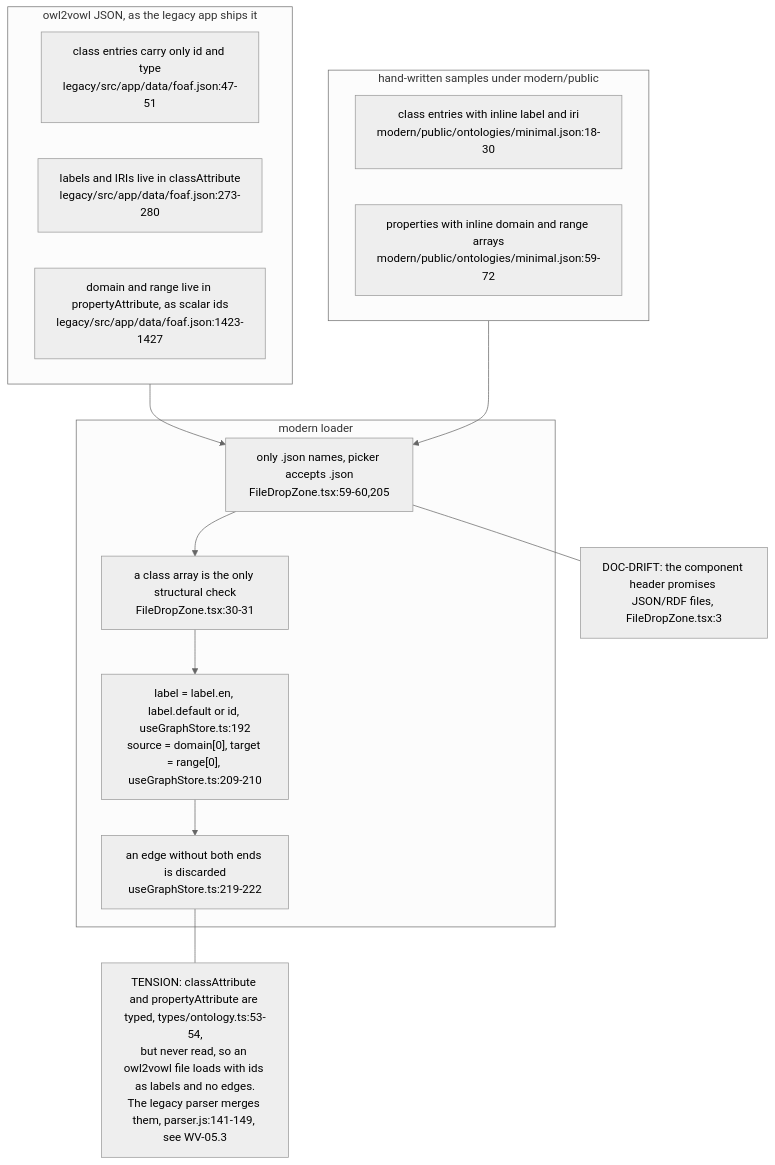
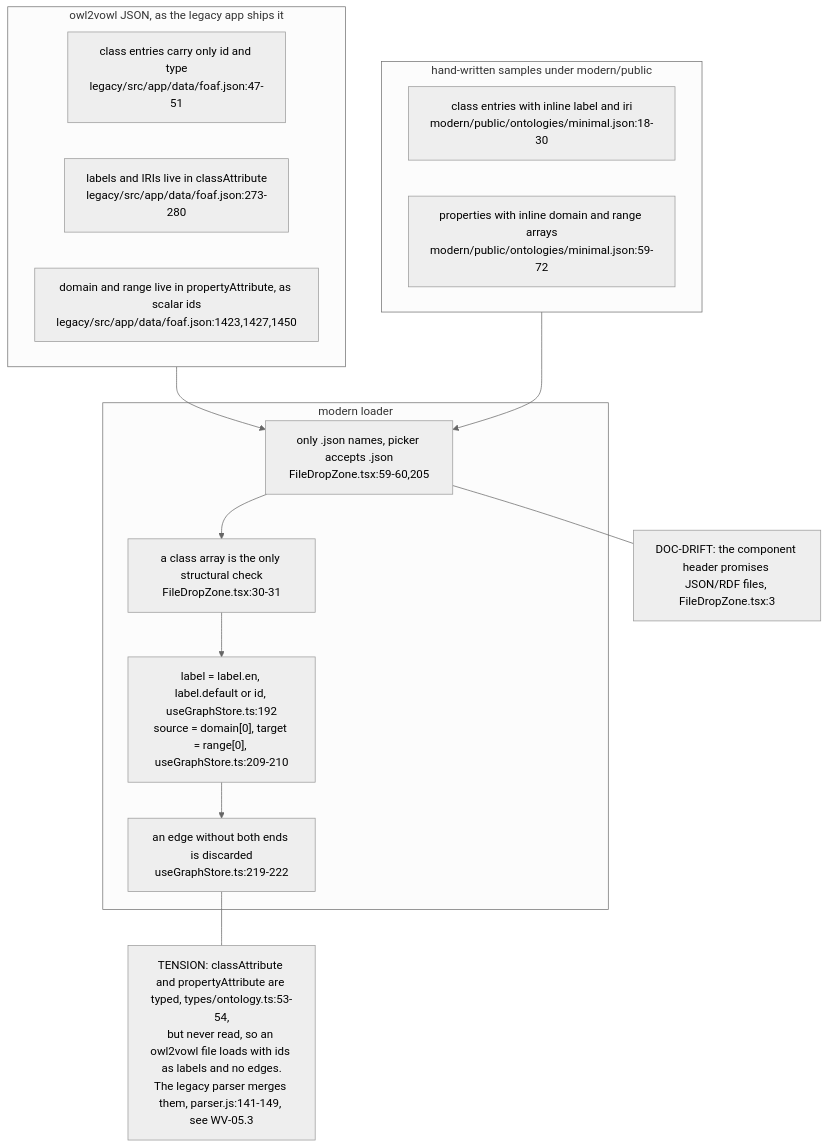
One commit to DreamLab-AI/VisionFlow changed the first of 4 diagrams in docs/diagrams/wasmvowl/03-ontology-input-and-engine-boundary.md. Above: the diagram before and after it, drawn with Mermaid (neutral theme). The commit also changed other lines of this file and 2 other files, not shown here.

Commit message:
diagrams(wasmvowl): fix four skeptic findings in WV-02, WV-03 and WV-05
- WV-02.2: replace the activeFilters DEBT with the invariant the code
  enforces (drop zone renders only at nodeCount 0, clear empties filters).
- WV-02.4: draw ClassNode selection and hover into the Sidebar details
  tab, with a DEBT for the unread hoveredNode and uncalled edge actions.
- WV-03.3: turn the topology-reset OPEN into a TENSION stating the code's
  answer (per-frame immer write re-runs loadOntology/initSimulation),
  latent because the engine rejects the payload first.
- WV-03.1: cite propertyAttribute, range and domain lines in foaf.json.
- WV-05.5/WV-05.6: add the legacy menu layer (12 menus wired by app.js,
  exportTTLModule via exportMenu) and the experimental editor path.

````diff
--- a/docs/diagrams/wasmvowl/03-ontology-input-and-engine-boundary.md
+++ b/docs/diagrams/wasmvowl/03-ontology-input-and-engine-boundary.md
@@ -25,25 +25,25 @@
 ```mermaid
 flowchart TB
     subgraph O2V["owl2vowl JSON, as the legacy app ships it"]
         LC["class entries carry only id and type<br/>legacy/src/app/data/foaf.json:47-51"]
         LCA["labels and IRIs live in classAttribute<br/>legacy/src/app/data/foaf.json:273-280"]
-        LPA["domain and range live in propertyAttribute, as scalar ids<br/>legacy/src/app/data/foaf.json:1423-1427"]
+        LPA["domain and range live in propertyAttribute, as scalar ids<br/>legacy/src/app/data/foaf.json:1423,1427,1450"]
     end
     subgraph HW["hand-written samples under modern/public"]
         MC["class entries with inline label and iri<br/>modern/public/ontologies/minimal.json:18-30"]
         MP["properties with inline domain and range arrays<br/>modern/public/ontologies/minimal.json:59-72"]
     end
     subgraph LD["modern loader"]
         GATE["only .json names, picker accepts .json<br/>FileDropZone.tsx:59-60,205"]
         REQ["a class array is the only structural check<br/>FileDropZone.tsx:30-31"]
         MAP["label = label.en, label.default or id, useGraphStore.ts:192<br/>source = domain[0], target = range[0], useGraphStore.ts:209-210"]
         DROP["an edge without both ends is discarded<br/>useGraphStore.ts:219-222"]
     end
     O2V --> GATE
     HW --> GATE
     GATE --> REQ --> MAP --> DROP
     T1["TENSION: classAttribute and propertyAttribute are typed, types/ontology.ts:53-54,<br/>but never read, so an owl2vowl file loads with ids as labels and no edges.<br/>The legacy parser merges them, parser.js:141-149, see WV-05.3"]
     T2["DOC-DRIFT: the component header promises JSON/RDF files, FileDropZone.tsx:3"]
     DROP --- T1
     GATE --- T2
 ```
````
